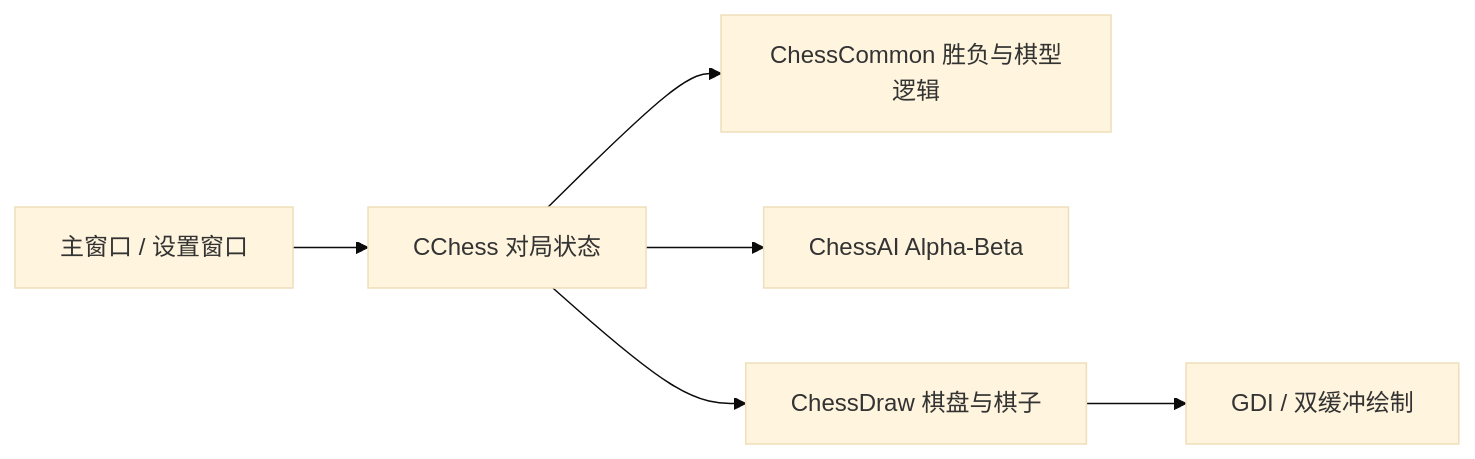
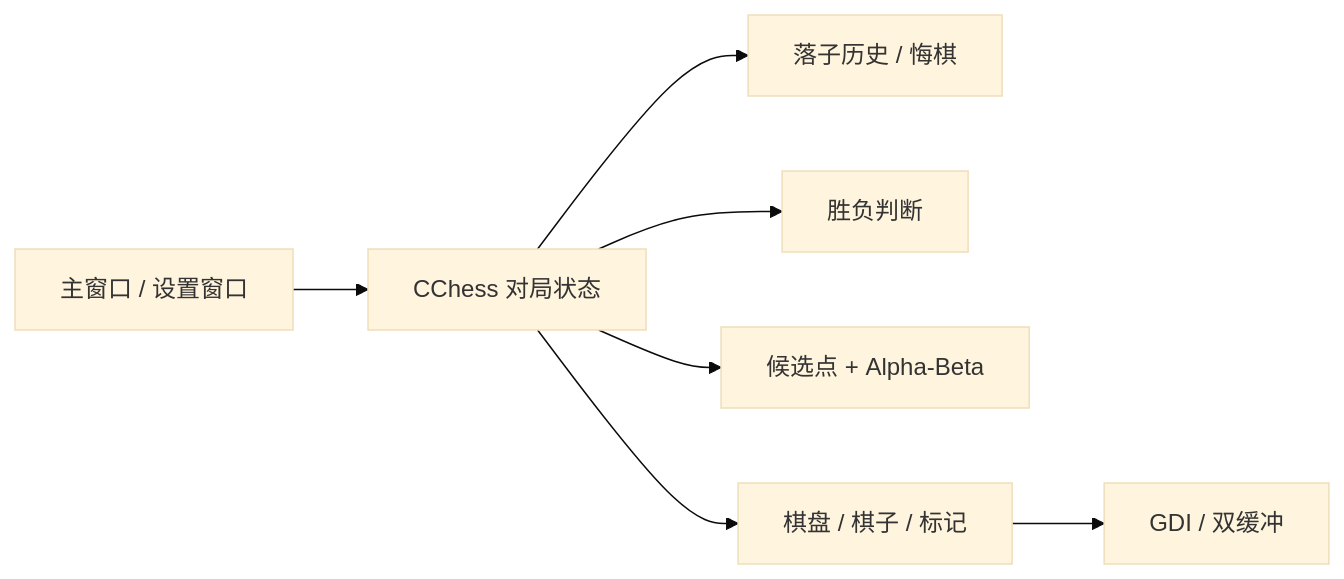
The diagram in README.md (LynViii/FiveChess), drawn with Mermaid (base theme) before and after one commit. The commit also changed other lines of this file, not shown here.

Commit message:
docs: refine FiveChess project documentation

````diff
--- a/README.md
+++ b/README.md
@@ -62,8 +69,9 @@
 ```mermaid
 flowchart LR
     UI[主窗口 / 设置窗口] --> GAME[CChess 对局状态]
-    GAME --> RULE[ChessCommon 胜负与棋型逻辑]
-    GAME --> AI[ChessAI Alpha-Beta]
-    GAME --> DRAW[ChessDraw 棋盘与棋子]
-    DRAW --> GDI[GDI / 双缓冲绘制]
+    GAME --> HISTORY[落子历史 / 悔棋]
+    GAME --> RULE[胜负判断]
+    GAME --> AI[候选点 + Alpha-Beta]
+    GAME --> DRAW[棋盘 / 棋子 / 标记]
+    DRAW --> GDI[GDI / 双缓冲]
 ```
````
